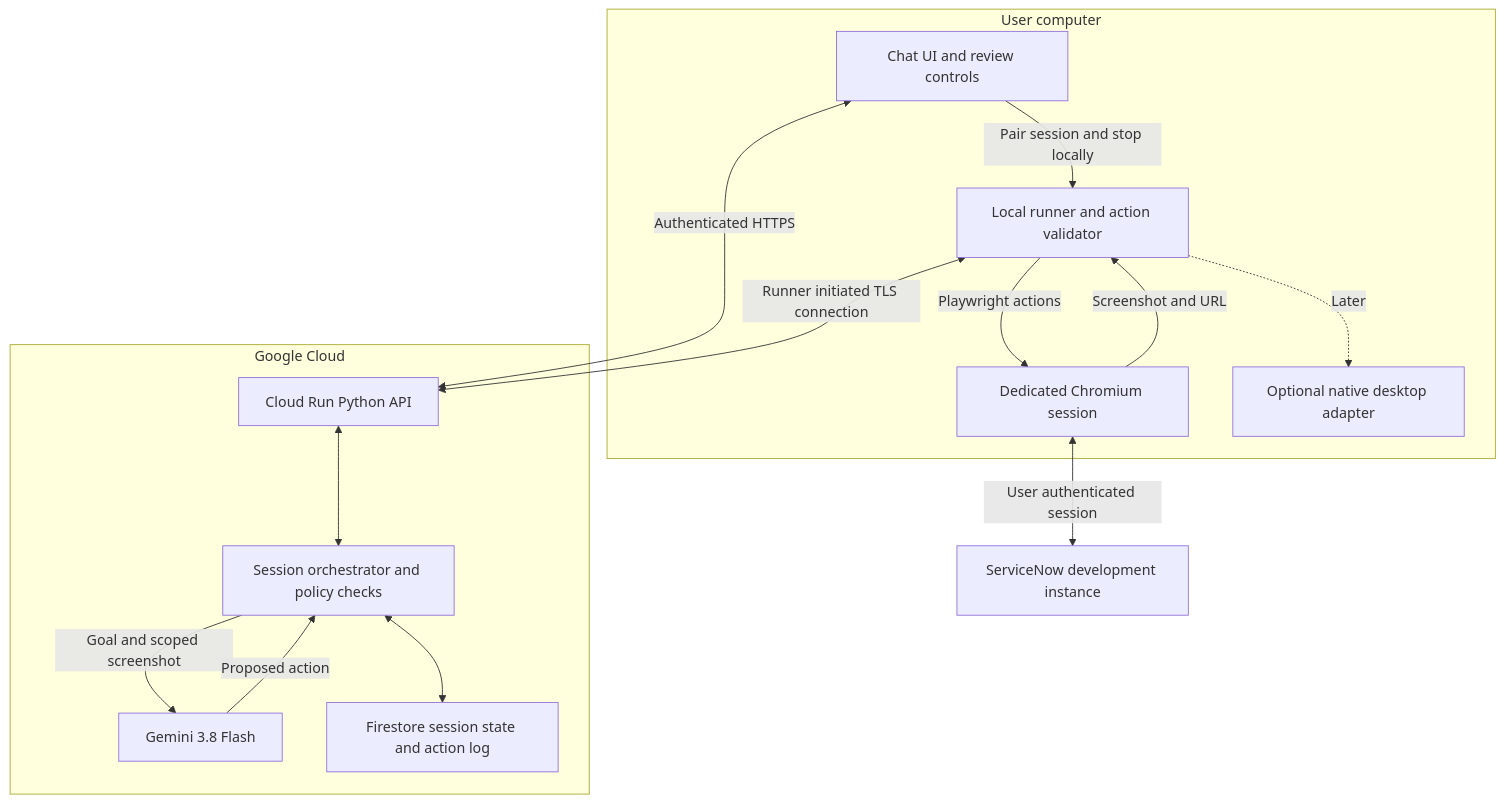
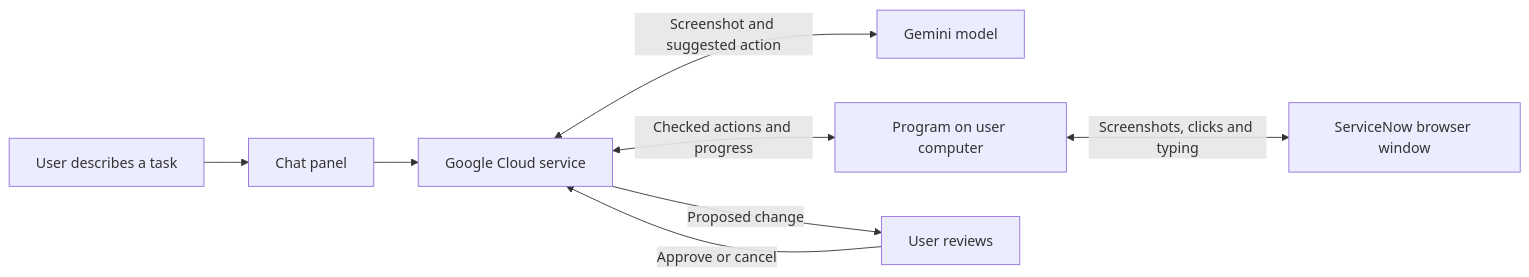
Before and after one commit to igoramidzic/key-hackathon-2026: the diagram in docs/computer-use-proposal.md, drawn with Mermaid. The commit also changed other lines of this file, not shown here.

````diff
--- a/docs/computer-use-proposal.md
+++ b/docs/computer-use-proposal.md
@@ -102,26 +116,10 @@
 ```mermaid
-flowchart TB
-    subgraph Local[User computer]
-        UI[Chat UI and review controls]
-        Runner[Local runner and action validator]
-        Browser[Dedicated Chromium session]
-        Desktop[Optional native desktop adapter]
-        UI -->|Pair session and stop locally| Runner
-        Runner -->|Playwright actions| Browser
-        Runner -.->|Later| Desktop
-        Browser -->|Screenshot and URL| Runner
-    end
-    subgraph GCP[Google Cloud]
-        API[Cloud Run Python API]
-        Policy[Session orchestrator and policy checks]
-        Model[Gemini 3.8 Flash]
-        Store[Firestore session state and action log]
-        API <--> Policy
-        Policy -->|Goal and scoped screenshot| Model
-        Model -->|Proposed action| Policy
-        Policy <--> Store
-    end
-    UI <-->|Authenticated HTTPS| API
-    Runner <-->|Runner initiated TLS connection| API
-    Browser <-->|User authenticated session| SN[ServiceNow development instance]
+flowchart LR
+    User[User describes a task] --> Chat[Chat panel]
+    Chat --> Cloud[Google Cloud service]
+    Cloud <-->|Screenshot and suggested action| Gemini[Gemini model]
+    Cloud <-->|Checked actions and progress| Helper[Program on user computer]
+    Helper <-->|Screenshots, clicks and typing| Browser[ServiceNow browser window]
+    Cloud -->|Proposed change| Review[User reviews]
+    Review -->|Approve or cancel| Cloud
 ```
````
